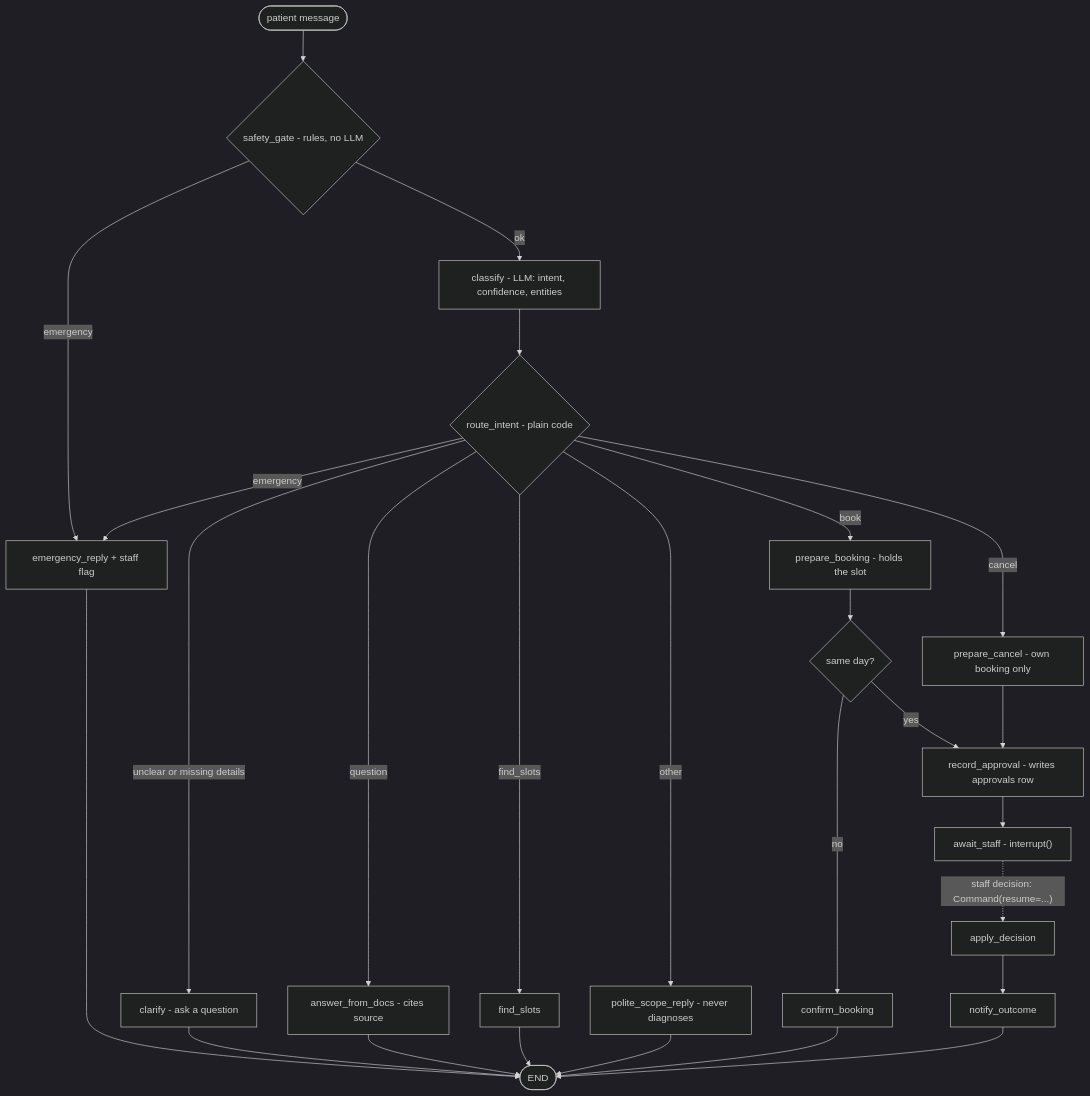
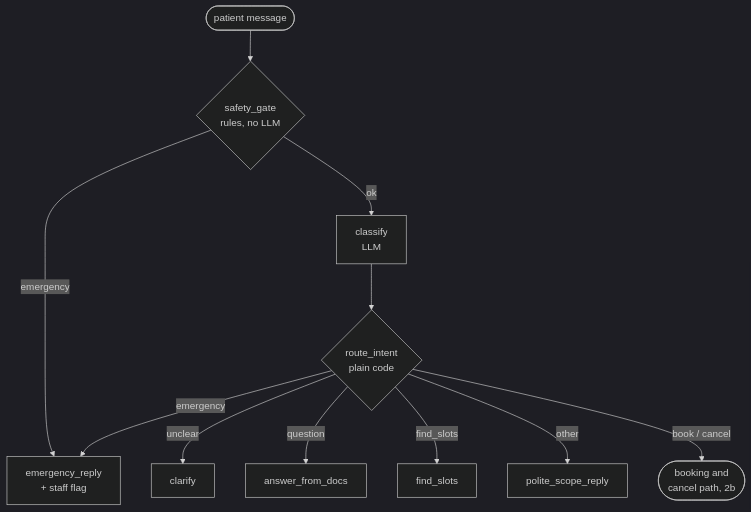
Before and after one commit to 6qzr/Owlgent-Workspace: the second of 6 diagrams in docs/architecture.md, drawn with Mermaid (dark theme). The commit also changed other lines of this file, not shown here.

First line of the commit message:
docs(architecture): split workflow diagram and simplify system view for readability

````diff
--- a/docs/architecture.md
+++ b/docs/architecture.md
@@ -59,24 +50,13 @@
 ```mermaid
-flowchart TD
-    start([patient message]) --> safety{"safety_gate - rules, no LLM"}
-    safety -->|emergency| emergency["emergency_reply + staff flag"] --> done([END])
-    safety -->|ok| classify["classify - LLM: intent, confidence, entities"]
-    classify --> route{"route_intent - plain code"}
-
-    route -->|emergency| emergency
-    route -->|unclear or missing details| clarify["clarify - ask a question"] --> done
-    route -->|question| rag["answer_from_docs - cites source"] --> done
-    route -->|find_slots| slots["find_slots"] --> done
-    route -->|other| scope["polite_scope_reply - never diagnoses"] --> done
-
-    route -->|book| book["prepare_booking - holds the slot"]
-    book --> sameday{"same day?"}
-    sameday -->|no| confirm["confirm_booking"] --> done
-    sameday -->|yes| record
-
-    route -->|cancel| cancel["prepare_cancel - own booking only"] --> record
-
-    record["record_approval - writes approvals row"] --> wait["await_staff - interrupt()"]
-    wait -.->|"staff decision: Command(resume=...)"| apply["apply_decision"]
-    apply --> notify["notify_outcome"] --> done
+flowchart TB
+    msg([patient message]) --> safety{"safety_gate<br/>rules, no LLM"}
+    safety -->|emergency| emer["emergency_reply<br/>+ staff flag"]
+    safety -->|ok| classify["classify<br/>LLM"]
+    classify --> route{"route_intent<br/>plain code"}
+    route -->|emergency| emer
+    route -->|unclear| clarify["clarify"]
+    route -->|question| rag["answer_from_docs"]
+    route -->|find_slots| slots["find_slots"]
+    route -->|other| scope["polite_scope_reply"]
+    route -->|book / cancel| approval(["booking and<br/>cancel path, 2b"])
 ```
````
